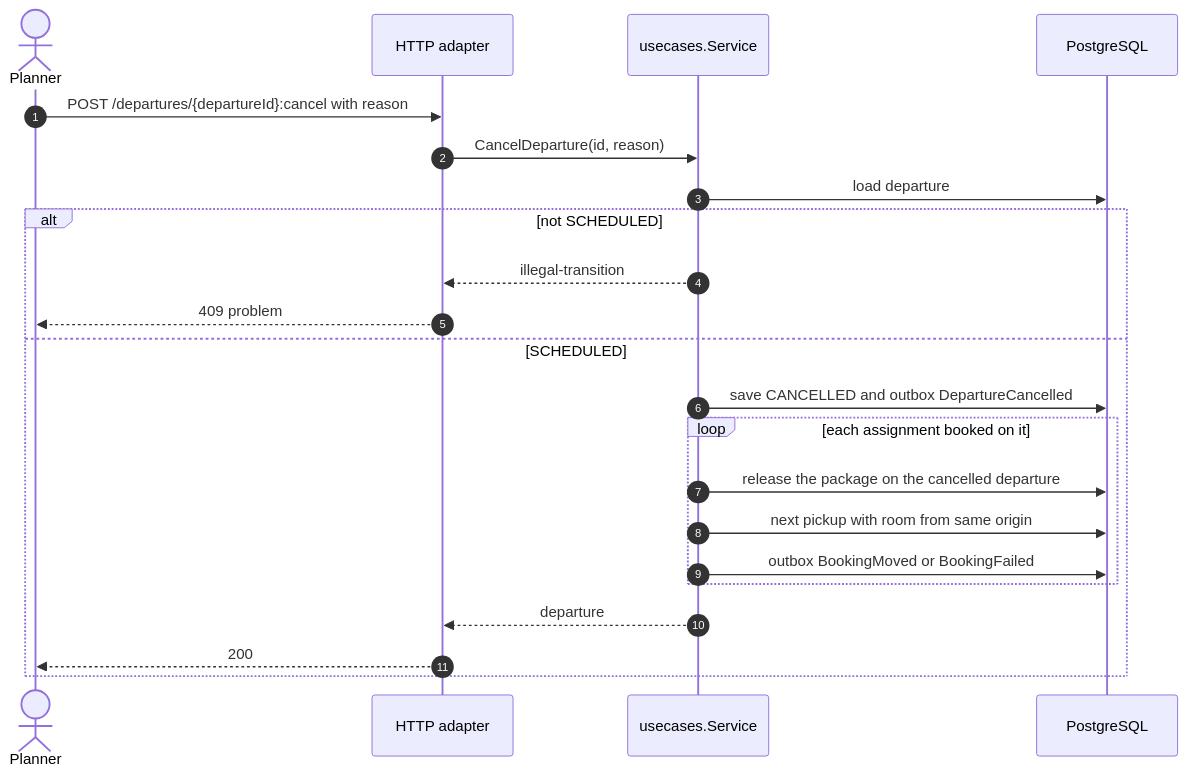
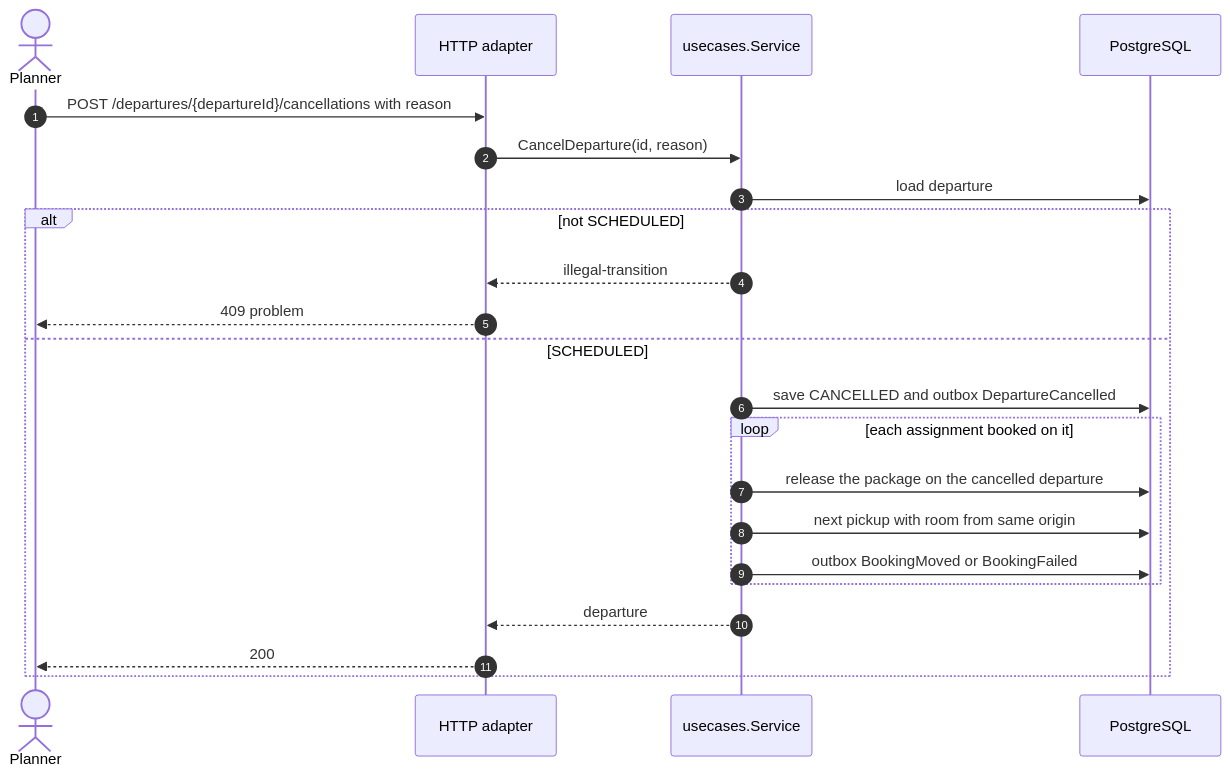
Before and after one commit to IQVO/linehaul-transportation: the third of 6 diagrams in docs/docs/ddd/sequence-diagrams.md, drawn with Mermaid. The commit also changed other lines of this file and 49 other files, not shown here.

````diff
--- a/docs/docs/ddd/sequence-diagrams.md
+++ b/docs/docs/ddd/sequence-diagrams.md
@@ -88,24 +88,24 @@
 ```mermaid
 sequenceDiagram
     autonumber
     actor P as Planner
     participant H as HTTP adapter
     participant S as usecases.Service
     participant PG as PostgreSQL
-    P->>H: POST /departures/{departureId}:cancel with reason
+    P->>H: POST /departures/{departureId}/cancellations with reason
     H->>S: CancelDeparture(id, reason)
     S->>PG: load departure
     alt not SCHEDULED
         S-->>H: illegal-transition
         H-->>P: 409 problem
     else SCHEDULED
         S->>PG: save CANCELLED and outbox DepartureCancelled
         loop each assignment booked on it
             S->>PG: release the package on the cancelled departure
             S->>PG: next pickup with room from same origin
             S->>PG: outbox BookingMoved or BookingFailed
         end
         S-->>H: departure
         H-->>P: 200
     end
 ```
````
